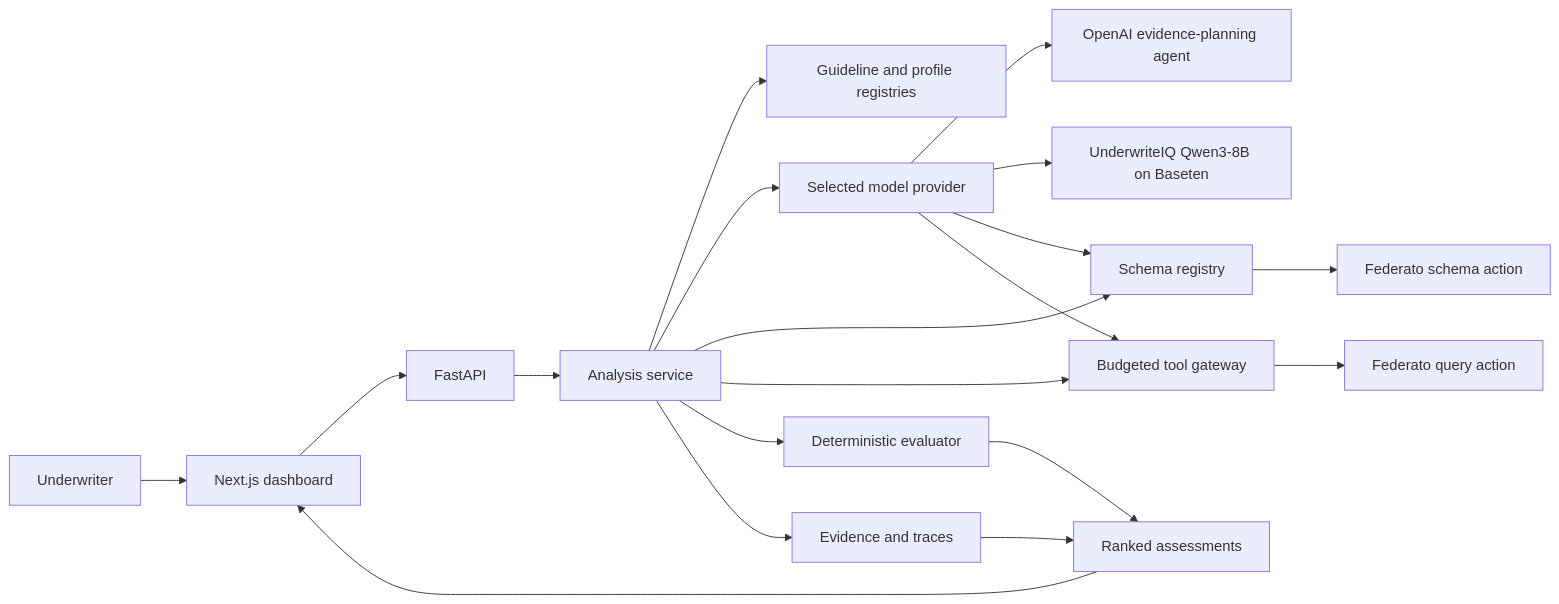
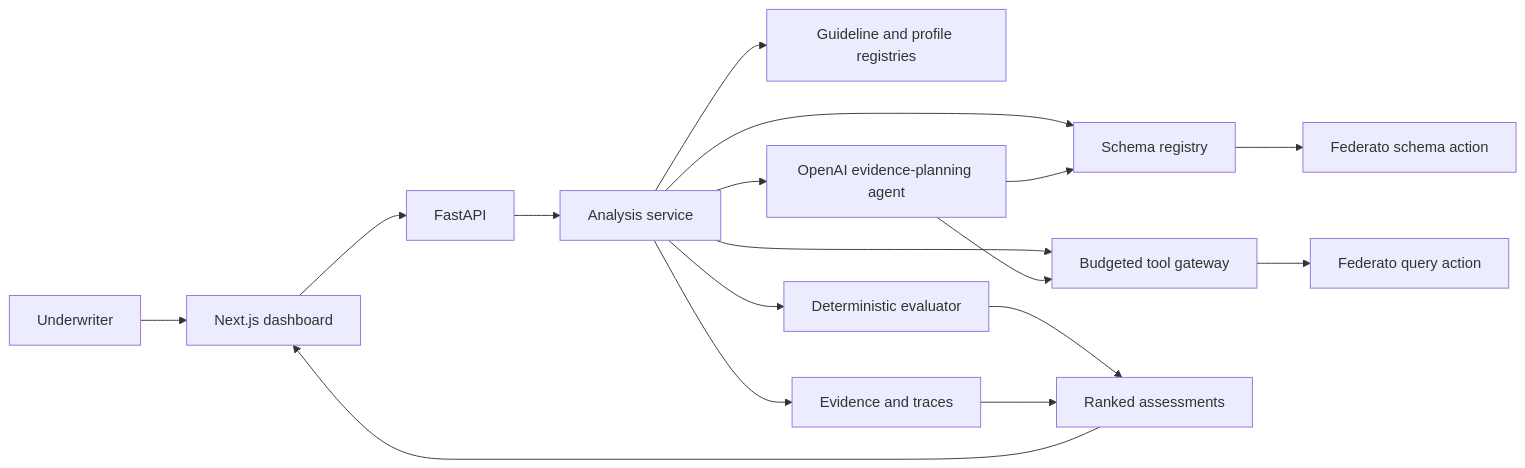
One commit to BaronLiu1993/htn-2026 changed the diagram in README.md. Above: the diagram before and after it, drawn with Mermaid. The commit also changed other lines of this file and 25 other files, not shown here.

````diff
--- a/README.md
+++ b/README.md
@@ -33,21 +34,19 @@
 ```mermaid
 flowchart LR
     U[Underwriter] --> UI[Next.js dashboard]
     UI --> API[FastAPI]
     API --> O[Analysis service]
     O --> G[Guideline and profile registries]
-    O --> A[Selected model provider]
-    A --> OA[OpenAI evidence-planning agent]
-    A --> B[UnderwriteIQ Qwen3-8B on Baseten]
+    O --> A[OpenAI evidence-planning agent]
     O --> S[Schema registry]
     O --> Q[Budgeted tool gateway]
     O --> E[Deterministic evaluator]
     O --> T[Evidence and traces]
     A --> S
     A --> Q
     S --> F[Federato schema action]
     Q --> FQ[Federato query action]
     E --> R[Ranked assessments]
     T --> R
     R --> UI
 ```
````
